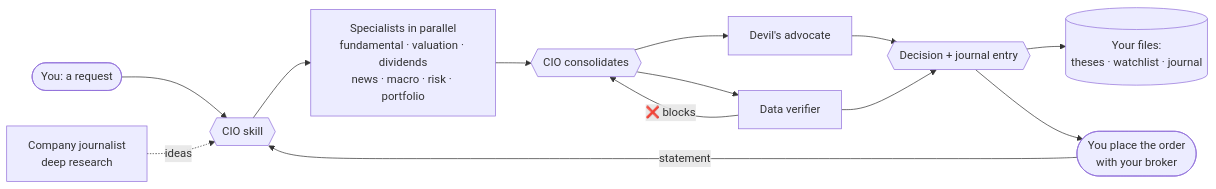
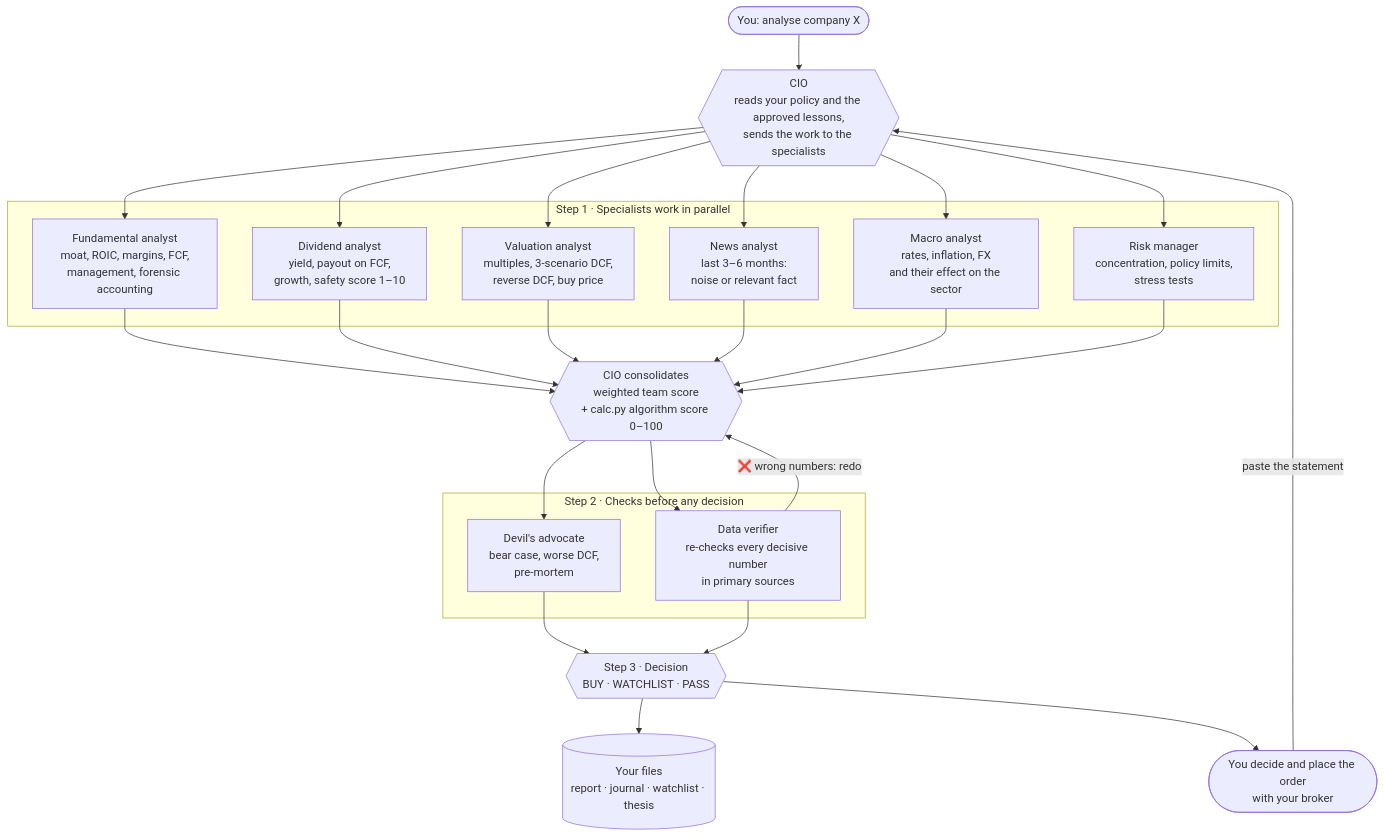
Before and after one commit to tycoon2323/investment-committee: the diagram in README.md, drawn with Mermaid. The commit also changed other lines of this file, not shown here.

Commit message:
README: vertical diagram with each agent's role, team and requests tables

````diff
--- a/README.md
+++ b/README.md
@@ -15,15 +17,28 @@
 ```mermaid
-flowchart LR
-    U([You: a request]) --> CIO{{CIO skill}}
-    CIO --> A[Specialists in parallel<br/>fundamental · valuation · dividends<br/>news · macro · risk · portfolio]
-    A --> CIO2{{CIO consolidates}}
-    CIO2 --> D[Devil's advocate]
-    CIO2 --> V[Data verifier]
-    D --> DEC{{Decision + journal entry}}
-    V -- "❌ blocks" --> CIO2
-    V --> DEC
-    DEC --> F[(Your files:<br/>theses · watchlist · journal)]
-    DEC --> B([You place the order<br/>with your broker])
-    B -- statement --> CIO
-    J[Company journalist<br/>deep research] -. ideas .-> CIO
+flowchart TD
+    U(["You: analyse company X"]) --> CIO{{"CIO<br/>reads your policy and the approved lessons,<br/>sends the work to the specialists"}}
+
+    subgraph S1 ["Step 1 · Specialists work in parallel"]
+        F["Fundamental analyst<br/>moat, ROIC, margins, FCF,<br/>management, forensic accounting"]
+        DI["Dividend analyst<br/>yield, payout on FCF,<br/>growth, safety score 1–10"]
+        VA["Valuation analyst<br/>multiples, 3-scenario DCF,<br/>reverse DCF, buy price"]
+        N["News analyst<br/>last 3–6 months:<br/>noise or relevant fact"]
+        M["Macro analyst<br/>rates, inflation, FX<br/>and their effect on the sector"]
+        R["Risk manager<br/>concentration, policy limits,<br/>stress tests"]
+    end
+
+    CIO --> F & DI & VA & N & M & R
+    F & DI & VA & N & M & R --> C{{"CIO consolidates<br/>weighted team score<br/>+ calc.py algorithm score 0–100"}}
+
+    subgraph S2 ["Step 2 · Checks before any decision"]
+        DA["Devil's advocate<br/>bear case, worse DCF,<br/>pre-mortem"]
+        V["Data verifier<br/>re-checks every decisive number<br/>in primary sources"]
+    end
+
+    C --> DA & V
+    V -- "❌ wrong numbers: redo" --> C
+    DA & V --> D{{"Step 3 · Decision<br/>BUY · WATCHLIST · PASS"}}
+    D --> FILES[("Your files<br/>report · journal · watchlist · thesis")]
+    D --> YOU(["You decide and place the order<br/>with your broker"])
+    YOU -- "paste the statement" --> CIO
 ```
````
